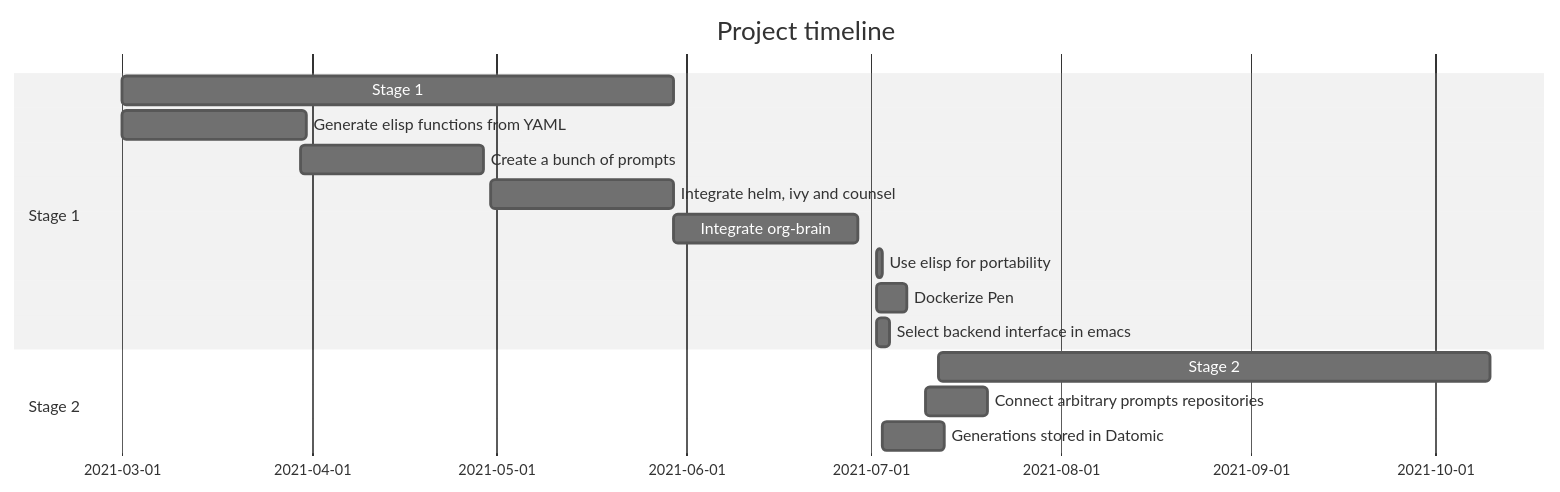
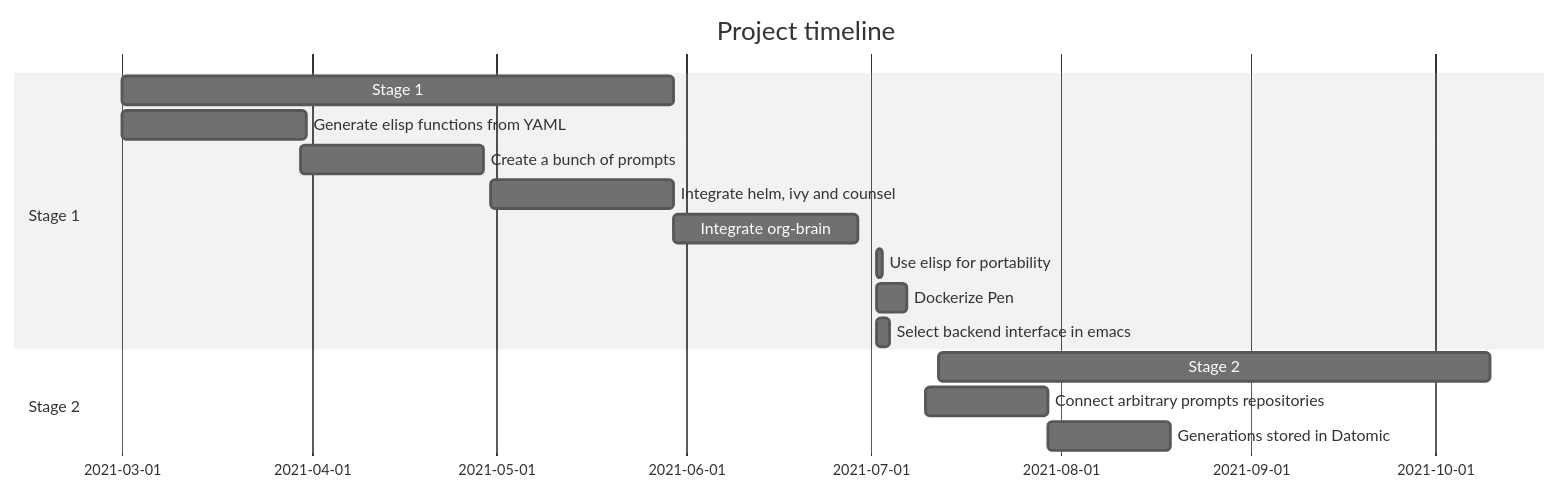
Before and after one commit to semiosis/pen.el: the diagram in docs/README.org, drawn with Mermaid (neutral theme).

Commit message:
Fri 02 Jul 2021 16:15:12

```diff
--- a/docs/README.org
+++ b/docs/README.org
@@ -19,18 +19,18 @@
 #+BEGIN_SRC mermaid :results raw :file project-timeline.png
 gantt
         title Project timeline
         dateFormat  YYYY-MM-DD
         section Stage 1
         Stage 1    :s1, 2021-03-01, 90d
         Generate elisp functions from YAML    :a1, 2021-03-01, 30d
         Create a bunch of prompts     :a3, 2021-03-30, 30d
         Integrate helm, ivy and counsel     :a4, 2021-04-30, 30d
         Integrate org-brain     :a5, 2021-05-30, 30d
         Use elisp for portability     :b2, 2021-07-02, 1d
         Dockerize Pen     :after b3  , 5d
         Select backend interface in emacs     :after b3  , 2d
         section Stage 2
         Stage 2   :s2, 2021-07-12, 90d
-        Connect arbitrary prompts repositories :b1, 2021-07-10, 10d
-        Generations stored in Datomic :after a2  , 10d
+        Connect arbitrary prompts repositories :b1, 2021-07-10, 20d
+        Generations stored in Datomic :after b1 , 20d
 #+END_SRC
```
